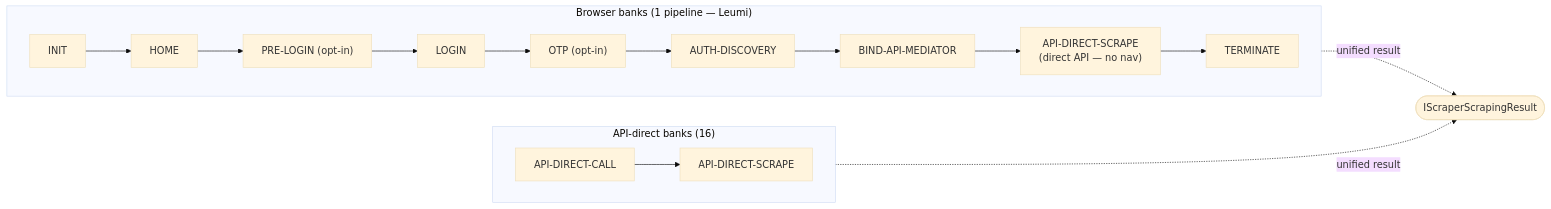
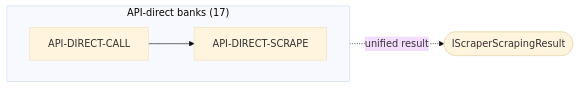
The diagram in docs/index.md (sergienko4/israeli-bank-scrapers), drawn with Mermaid (base theme) before and after one commit. The commit also changed other lines of this file and 50 other files, not shown here.

First line of the commit message:
feat: migrate Leumi to browserless API

````diff
--- a/docs/index.md
+++ b/docs/index.md
@@ -37,18 +37,9 @@
 ```mermaid
 flowchart LR
-    subgraph BB["Browser banks (1 pipeline — Leumi)"]
-      direction LR
-      INIT --> HOME --> PRELOGIN["PRE-LOGIN (opt-in)"]
-      PRELOGIN --> LOGIN --> OTP["OTP (opt-in)"]
-      OTP --> AUTH["AUTH-DISCOVERY"] --> BIND["BIND-API-MEDIATOR"]
-      BIND --> SCRAPE["API-DIRECT-SCRAPE<br/>(direct API — no nav)"] --> TERM["TERMINATE"]
-    end
-
-    subgraph API["API-direct banks (16)"]
+    subgraph API["API-direct banks (17)"]
       direction LR
       CALL["API-DIRECT-CALL"] --> SCR["API-DIRECT-SCRAPE"]
     end
 
-    BB -.->|"unified result"| RESULT(["IScraperScrapingResult"])
-    API -.->|"unified result"| RESULT
+    API -.->|"unified result"| RESULT(["IScraperScrapingResult"])
 ```
````
